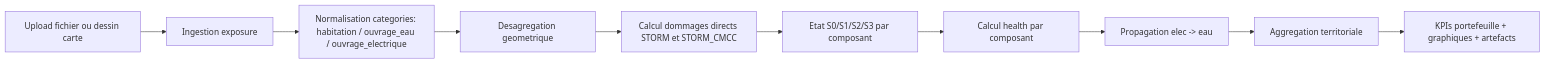
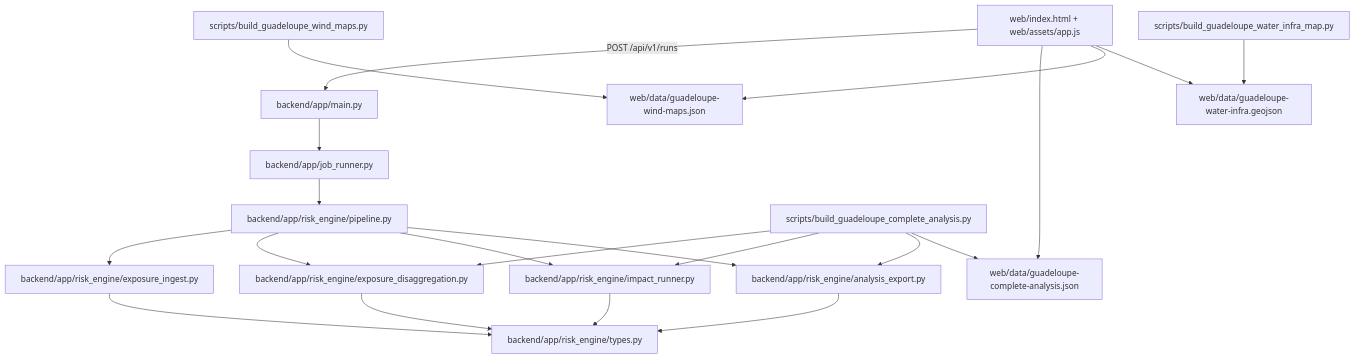
One commit to BottaBoy/SIB_ClimaRisk changed the first of 2 diagrams in docs/note-backend-calculatoire.md. Above: the diagram before and after it, drawn with Mermaid. The commit also changed other lines of this file and 6 other files, not shown here.

Commit message:
Fix Guadeloupe page layout, wind maps visibility, and add full water infrastructure map

````diff
--- a/docs/note-backend-calculatoire.md
+++ b/docs/note-backend-calculatoire.md
@@ -12,12 +17,28 @@
 ```mermaid
-flowchart LR
-  A[Upload fichier ou dessin carte] --> B[Ingestion exposure]
-  B --> C[Normalisation categories: habitation / ouvrage_eau / ouvrage_electrique]
-  C --> D[Desagregation geometrique]
-  D --> E[Calcul dommages directs STORM et STORM_CMCC]
-  E --> F[Etat S0/S1/S2/S3 par composant]
-  F --> G[Calcul health par composant]
-  G --> H[Propagation elec -> eau]
-  H --> I[Aggregation territoriale]
-  I --> J[KPIs portefeuille + graphiques + artefacts]
+flowchart TD
+  A[web/index.html + web/assets/app.js] -->|POST /api/v1/runs| B[backend/app/main.py]
+  B --> C[backend/app/job_runner.py]
+  C --> D[backend/app/risk_engine/pipeline.py]
+
+  D --> E[backend/app/risk_engine/exposure_ingest.py]
+  D --> F[backend/app/risk_engine/exposure_disaggregation.py]
+  D --> G[backend/app/risk_engine/impact_runner.py]
+  D --> H[backend/app/risk_engine/analysis_export.py]
+
+  E --> I[backend/app/risk_engine/types.py]
+  F --> I
+  G --> I
+  H --> I
+
+  J[scripts/build_guadeloupe_complete_analysis.py] --> F
+  J --> G
+  J --> H
+  J --> K[web/data/guadeloupe-complete-analysis.json]
+
+  L[scripts/build_guadeloupe_wind_maps.py] --> M[web/data/guadeloupe-wind-maps.json]
+  N[scripts/build_guadeloupe_water_infra_map.py] --> O[web/data/guadeloupe-water-infra.geojson]
+
+  A --> K
+  A --> M
+  A --> O
 ```
````
